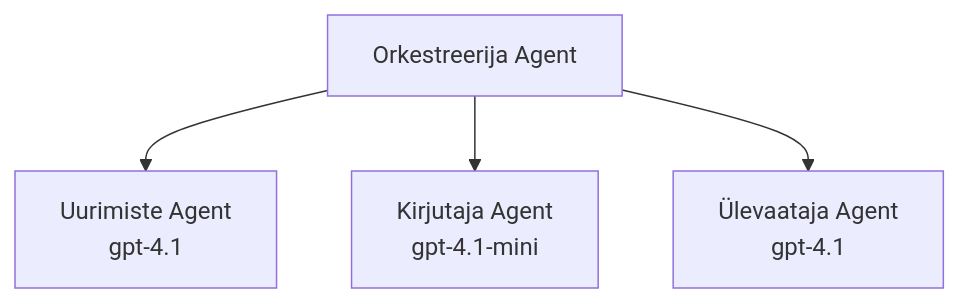
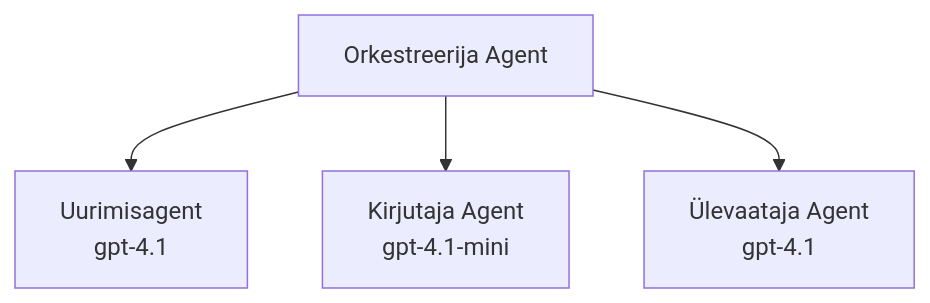
Before and after one commit to microsoft/AZD-for-beginners: the third of 3 diagrams in translations/et/docs/chapter-02-ai-development/agents.md, drawn with Mermaid. The commit also changed other lines of this file and 101 other files, not shown here.

````diff
--- a/translations/et/docs/chapter-02-ai-development/agents.md
+++ b/translations/et/docs/chapter-02-ai-development/agents.md
@@ -189,6 +194,6 @@
 ```mermaid
 graph TD
-    Orchestrator[Orkestreerija Agent] --> Research[Uurimiste Agent<br/>gpt-4.1]
+    Orchestrator[Orkestreerija Agent] --> Research[Uurimisagent<br/>gpt-4.1]
     Orchestrator --> Writer[Kirjutaja Agent<br/>gpt-4.1-mini]
     Orchestrator --> Reviewer[Ülevaataja Agent<br/>gpt-4.1]
 ```
````
